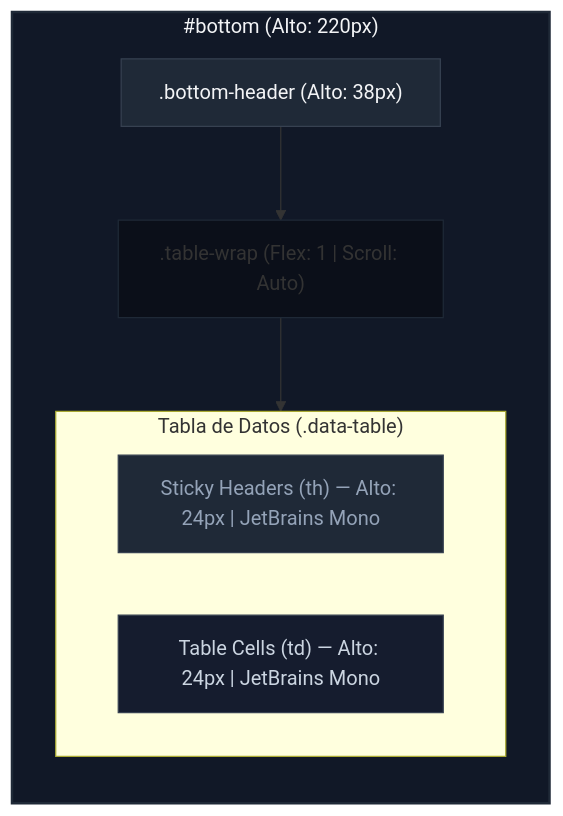
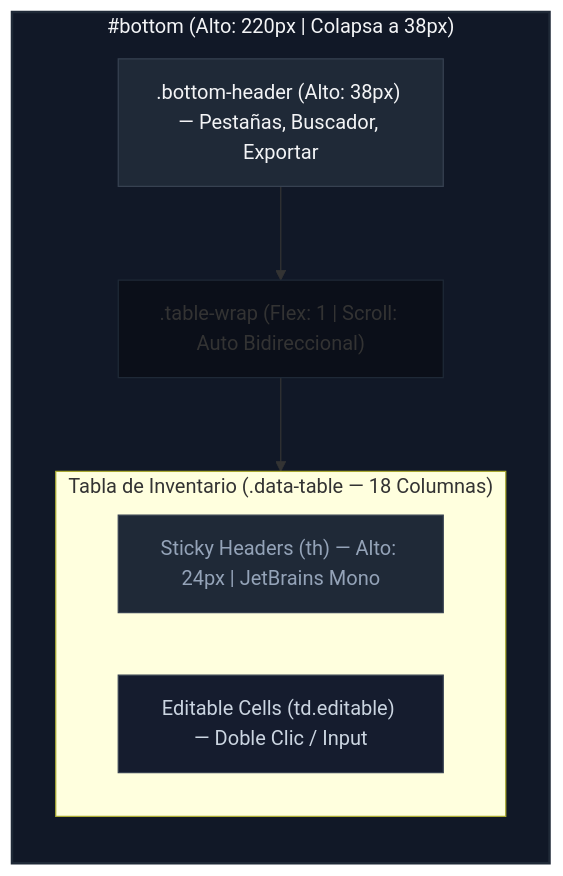
The diagram in DOC/doc_md/medidas_panel_inferior.md (cnodfcuellar/Rack_Designer_2), drawn with Mermaid before and after one commit. The commit also changed other lines of this file and 39 other files, not shown here.

Commit message:
chore: Actualización de roadmap de exportación y nuevos accesorios en catálogo

````diff
--- a/DOC/doc_md/medidas_panel_inferior.md
+++ b/DOC/doc_md/medidas_panel_inferior.md
@@ -115,22 +150,22 @@
 ```mermaid
 graph TD
-    subgraph BottomPanel ["#bottom (Alto: 220px)"]
+    subgraph BottomPanel ["#bottom (Alto: 220px | Colapsa a 38px)"]
         direction TB
-        Header[".bottom-header (Alto: 38px)"]
-        TableWrap[".table-wrap (Flex: 1 | Scroll: Auto)"]
+        Header[".bottom-header (Alto: 38px) — Pestañas, Buscador, Exportar"]
+        TableWrap[".table-wrap (Flex: 1 | Scroll: Auto Bidireccional)"]
         
-        subgraph TableStructure ["Tabla de Datos (.data-table)"]
+        subgraph TableStructure ["Tabla de Inventario (.data-table — 18 Columnas)"]
             TH["Sticky Headers (th) — Alto: 24px | JetBrains Mono"]
-            TD["Table Cells (td) — Alto: 24px | JetBrains Mono"]
+            TD["Editable Cells (td.editable) — Doble Clic / Input"]
         end
         
         Header --> TableWrap
         TableWrap --> TableStructure
     end
 
     style BottomPanel fill:#111827,stroke:#1f2937,stroke-width:2px,color:#f3f4f6
     style Header fill:#1f2937,stroke:#374151,stroke-width:1px,color:#f3f4f6
     style TableWrap fill:#0b0f19,stroke:#1f2937,stroke-width:1px
     style TH fill:#1f2937,stroke:#374151,stroke-width:1px,color:#94a3b8
     style TD fill:#151c2e,stroke:#374151,stroke-width:1px,color:#cbd5e1
 ```
````
